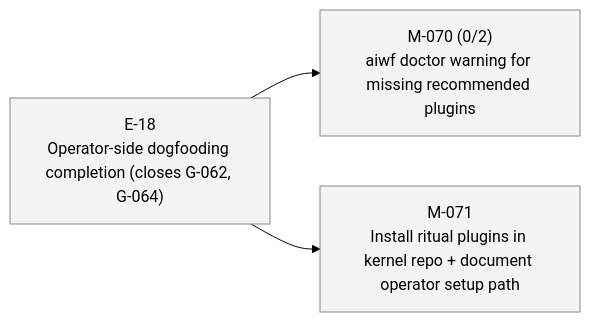
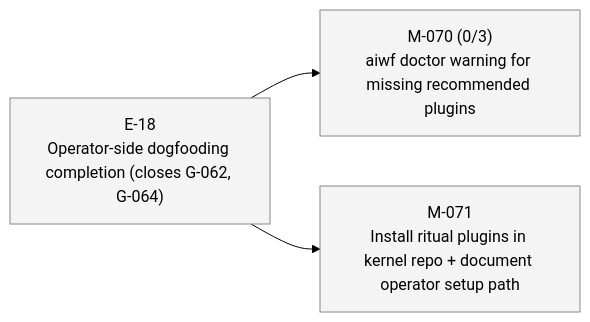
Before and after one commit to 23min/aiwf: the fourth of 4 diagrams in STATUS.md, drawn with Mermaid (forest theme). The commit also changed other lines of this file and 1 other file, not shown here.

First line of the commit message:
aiwf add ac M-070/AC-3 "Each missing plugin emits one warning with install command"

````diff
--- a/STATUS.md
+++ b/STATUS.md
@@ -80,14 +80,14 @@
 ```mermaid
 flowchart LR
   E_18["E-18<br/>Operator-side dogfooding completion (closes G-062, G-064)"]:::epic_proposed
-  M_070["M-070 (0/2)<br/>aiwf doctor warning for missing recommended plugins"]:::ms_draft
+  M_070["M-070 (0/3)<br/>aiwf doctor warning for missing recommended plugins"]:::ms_draft
   E_18 --> M_070
   M_071["M-071<br/>Install ritual plugins in kernel repo + document operator setup path"]:::ms_draft
   E_18 --> M_071
   classDef epic_active fill:#d6eaff,stroke:#1a73e8,color:#000
   classDef epic_proposed fill:#f4f4f4,stroke:#888,color:#000
   classDef ms_done fill:#d8f5d8,stroke:#2a8a2a,color:#000
   classDef ms_in_progress fill:#fff3c4,stroke:#caa400,color:#000
   classDef ms_draft fill:#f4f4f4,stroke:#888,color:#000
   classDef ms_cancelled fill:#fbeaea,stroke:#c33,color:#000
 ```
````
